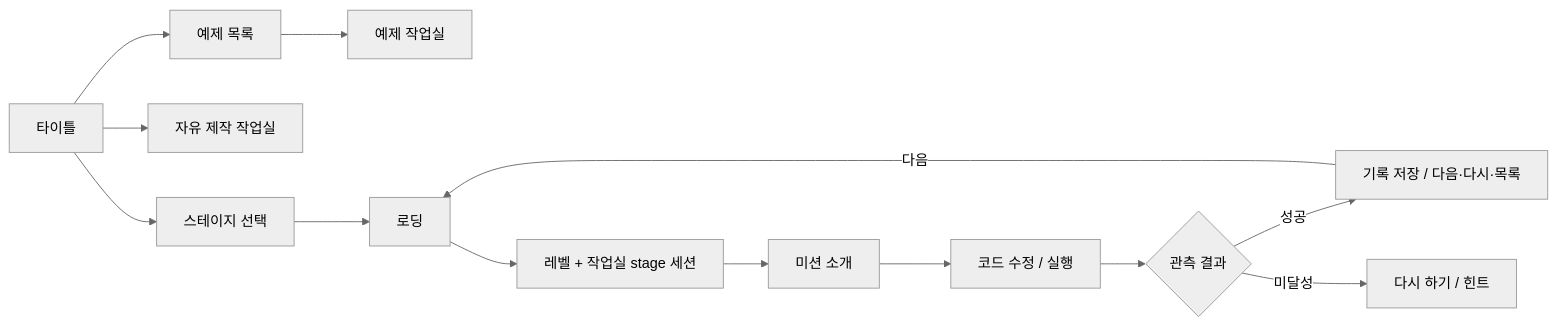
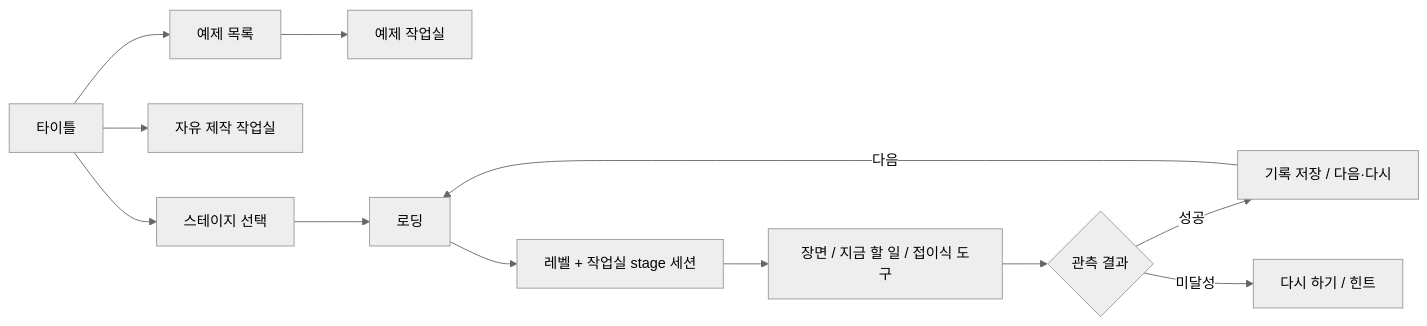
The third of 5 diagrams in docs/FLOWS.md (Bum-Boo/ssok), drawn with Mermaid (neutral theme) before and after one commit. The commit also changed other lines of this file and 39 other files, not shown here.

````diff
--- a/docs/FLOWS.md
+++ b/docs/FLOWS.md
@@ -112,12 +112,12 @@
 ```mermaid
 flowchart LR
     Title[타이틀] --> Select[스테이지 선택]
     Title --> Lab[자유 제작 작업실]
     Title --> Examples[예제 목록] --> Example[예제 작업실]
     Select --> Loading[로딩] --> Stage[레벨 + 작업실 stage 세션]
-    Stage --> Briefing[미션 소개] --> Play[코드 수정 / 실행]
+    Stage --> Play[장면 / 지금 할 일 / 접이식 도구]
     Play --> Result{관측 결과}
-    Result -->|성공| Clear[기록 저장 / 다음·다시·목록]
+    Result -->|성공| Clear[기록 저장 / 다음·다시]
     Result -->|미달성| Retry[다시 하기 / 힌트]
     Clear -->|다음| Loading
 ```
````
